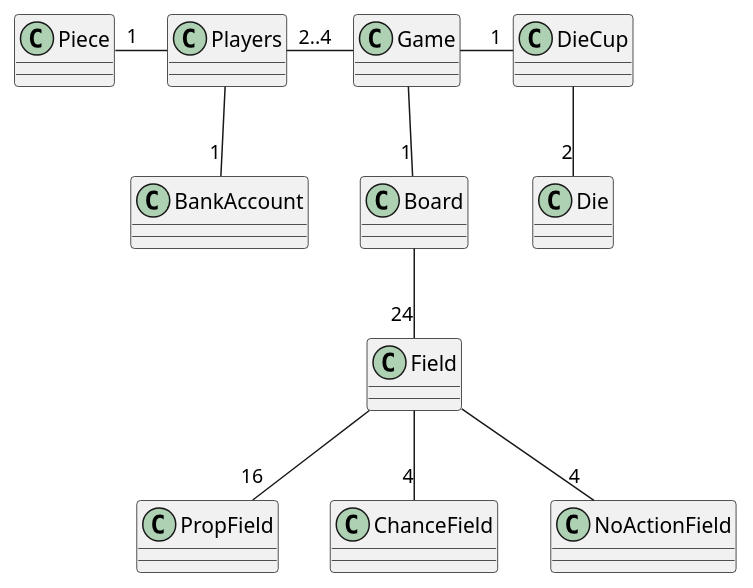
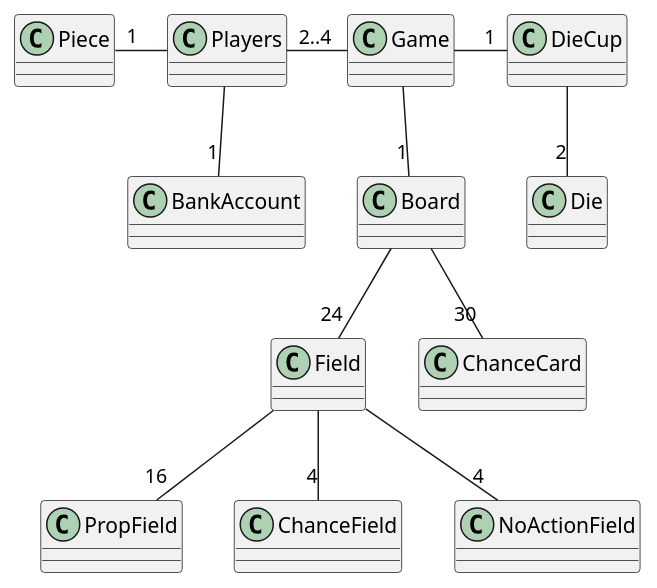
One commit to Jakob-SA/CDIO-3 changed the diagram in src/main/java/plantUML_diagrams/DomainClassDiagram.puml. Above: the diagram before and after it, drawn with PlantUML. The commit also changed 1 other file, not shown here.

```diff
--- a/src/main/java/plantUML_diagrams/DomainClassDiagram.puml
+++ b/src/main/java/plantUML_diagrams/DomainClassDiagram.puml
@@ -1,15 +1,16 @@
 @startuml
 'https://plantuml.com/class-diagram
 
 Players"2..4" - Game
 Piece"1" - Players
 Players -- "1"BankAccount
 Game - "1"DieCup
 DieCup -- "2"Die
 Game -- "1"Board
 Board -- "24"Field
 Field -- "16"PropField
 Field -- "4"ChanceField
 Field -- "4"NoActionField
+Board -- "30"ChanceCard
 
 @enduml
```
